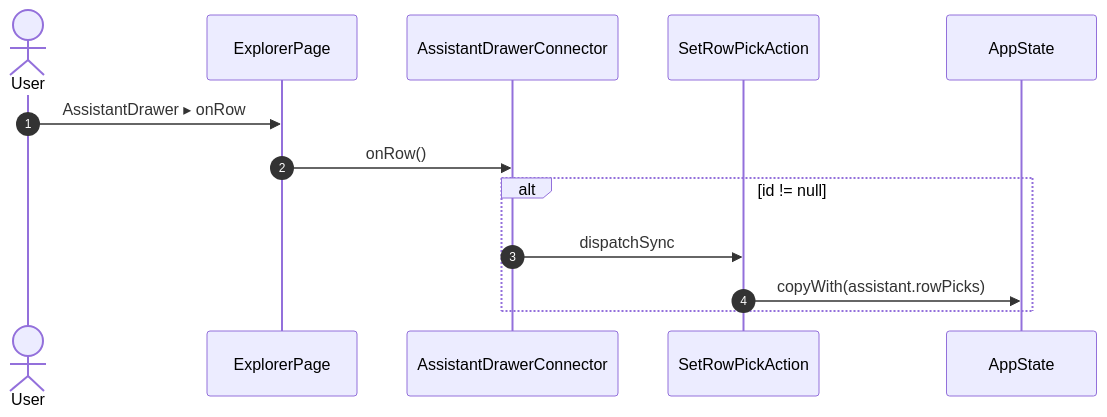
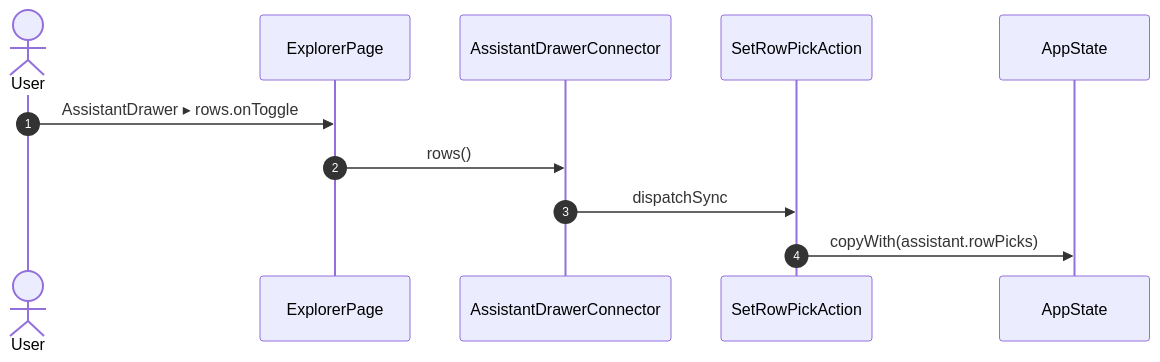
Diagram 37 of 55 in studio/docs/flows/explorer.md (gencto/wyrm), drawn with Mermaid before and after one commit. The commit also changed other lines of this file and 94 other files, not shown here.

````diff
--- a/studio/docs/flows/explorer.md
+++ b/studio/docs/flows/explorer.md
@@ -708,16 +699,14 @@
 ```mermaid
 sequenceDiagram
     autonumber
     actor User
     participant UI as ExplorerPage
     participant R1 as AssistantDrawerConnector
     participant A1 as SetRowPickAction
     participant ST as AppState
 
-    User->>UI: AssistantDrawer ▸ onRow
-    UI->>R1: onRow()
-    alt id != null
-        R1->>A1: dispatchSync
-        A1->>ST: copyWith(assistant.rowPicks)
-    end
+    User->>UI: AssistantDrawer ▸ rows.onToggle
+    UI->>R1: rows()
+    R1->>A1: dispatchSync
+    A1->>ST: copyWith(assistant.rowPicks)
 ```
````
